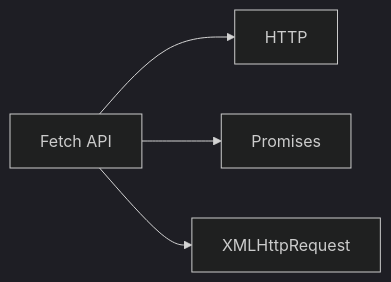
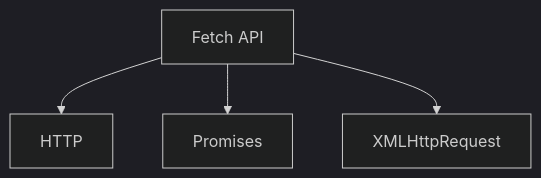
Before and after one commit to zyrass/omnydocs: diagram 14 of 41 in docs/glossaire/developpement-web.md, drawn with Mermaid (dark theme). The commit also changed other lines of this file and 1780 other files, not shown here.

````diff
--- a/docs/glossaire/developpement-web.md
+++ b/docs/glossaire/developpement-web.md
@@ -283,6 +341,6 @@
-    ```mermaid
-    graph LR
-        A[Fetch API] --> B[HTTP]
-        A --> C[Promises]
-        A --> D[XMLHttpRequest]
-    ```
+```mermaid
+graph TB
+    A[Fetch API] --> B[HTTP]
+    A --> C[Promises]
+    A --> D[XMLHttpRequest]
+```
````
